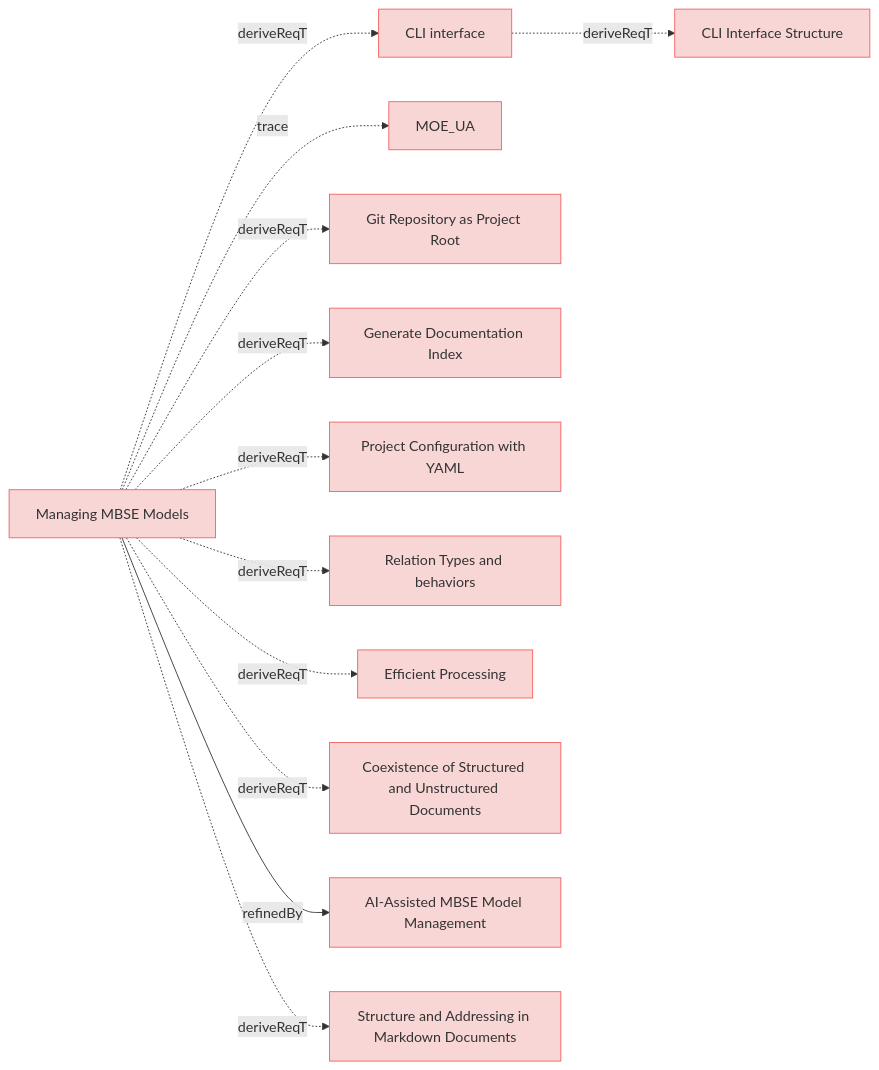
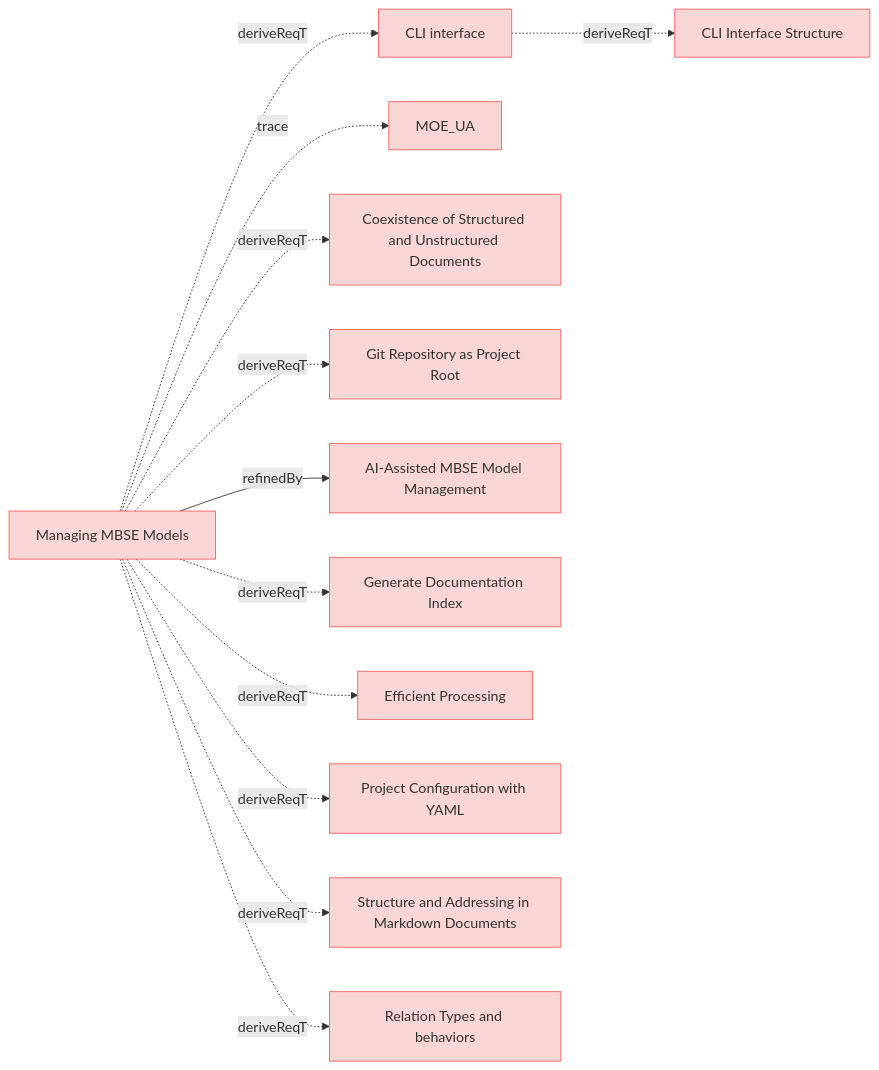
Before and after one commit to reqvire-org/reqvire: the ninth of 9 diagrams in specifications/UserRequirements.md, drawn with Mermaid. The commit also changed other lines of this file and 30 other files, not shown here.

````diff
--- a/specifications/UserRequirements.md
+++ b/specifications/UserRequirements.md
@@ -1065,57 +1065,57 @@
 ```mermaid
 graph LR;
   %% REQVIRE-AUTOGENERATED-DIAGRAM
   %% Graph styling
   classDef requirement fill:#f9d6d6,stroke:#f55f5f,stroke-width:1px;
   classDef verification fill:#d6f9d6,stroke:#5fd75f,stroke-width:1px;
   classDef externalLink fill:#d0e0ff,stroke:#3080ff,stroke-width:1px;
   classDef default fill:#f5f5f5,stroke:#333333,stroke-width:1px;
 
   f28849d46c19af44["CLI interface"];
   class f28849d46c19af44 requirement;
   click f28849d46c19af44 "UserRequirements.md#cli-interface";
   8f22faacdb454b23["CLI Interface Structure"];
   class 8f22faacdb454b23 requirement;
   click 8f22faacdb454b23 "SystemRequirements/Requirements.md#cli-interface-structure";
   f28849d46c19af44 -.->|deriveReqT| 8f22faacdb454b23;
   e61b7c1baa89bfc6["Managing MBSE Models"];
   class e61b7c1baa89bfc6 requirement;
   click e61b7c1baa89bfc6 "UserStories.md#managing-mbse-models";
   2c5f30f14e792200["MOE_UA"];
   class 2c5f30f14e792200 requirement;
   click 2c5f30f14e792200 "MOEs.md#moe_ua";
   e61b7c1baa89bfc6 -.->|trace| 2c5f30f14e792200;
+  f0d721424636370e["Coexistence of Structured and Unstructured Documents"];
+  class f0d721424636370e requirement;
+  click f0d721424636370e "ManagingMbseModelsRequirements.md#coexistence-of-structured-and-unstructured-documents";
+  e61b7c1baa89bfc6 -.->|deriveReqT| f0d721424636370e;
   649d72765b13e14f["Git Repository as Project Root"];
   class 649d72765b13e14f requirement;
   click 649d72765b13e14f "ManagingMbseModelsRequirements.md#git-repository-as-project-root";
   e61b7c1baa89bfc6 -.->|deriveReqT| 649d72765b13e14f;
+  e61b7c1baa89bfc6 -.->|deriveReqT| f28849d46c19af44;
+  cd2d5dab49985ca2["AI-Assisted MBSE Model Management"];
+  class cd2d5dab49985ca2 requirement;
+  click cd2d5dab49985ca2 "UserStories.md#ai-assisted-mbse-model-management";
+  e61b7c1baa89bfc6 -->|refinedBy| cd2d5dab49985ca2;
   c2b6c74b77726ad9["Generate Documentation Index"];
   class c2b6c74b77726ad9 requirement;
   click c2b6c74b77726ad9 "UserRequirements.md#generate-documentation-index";
   e61b7c1baa89bfc6 -.->|deriveReqT| c2b6c74b77726ad9;
+  d193d11c43776bec["Efficient Processing"];
+  class d193d11c43776bec requirement;
+  click d193d11c43776bec "ManagingMbseModelsRequirements.md#efficient-processing";
+  e61b7c1baa89bfc6 -.->|deriveReqT| d193d11c43776bec;
   16b4b380c917deb1["Project Configuration with YAML"];
   class 16b4b380c917deb1 requirement;
   click 16b4b380c917deb1 "ManagingMbseModelsRequirements.md#project-configuration-with-yaml";
   e61b7c1baa89bfc6 -.->|deriveReqT| 16b4b380c917deb1;
+  ade67c27bc5d3bbd["Structure and Addressing in Markdown Documents"];
+  class ade67c27bc5d3bbd requirement;
+  click ade67c27bc5d3bbd "SpecificationsRequirements.md#structure-and-addressing-in-markdown-documents";
+  e61b7c1baa89bfc6 -.->|deriveReqT| ade67c27bc5d3bbd;
   551906d5c51d91d9["Relation Types and behaviors"];
   class 551906d5c51d91d9 requirement;
   click 551906d5c51d91d9 "SpecificationsRequirements.md#relation-types-and-behaviors";
   e61b7c1baa89bfc6 -.->|deriveReqT| 551906d5c51d91d9;
-  d193d11c43776bec["Efficient Processing"];
-  class d193d11c43776bec requirement;
-  click d193d11c43776bec "ManagingMbseModelsRequirements.md#efficient-processing";
-  e61b7c1baa89bfc6 -.->|deriveReqT| d193d11c43776bec;
-  f0d721424636370e["Coexistence of Structured and Unstructured Documents"];
-  class f0d721424636370e requirement;
-  click f0d721424636370e "ManagingMbseModelsRequirements.md#coexistence-of-structured-and-unstructured-documents";
-  e61b7c1baa89bfc6 -.->|deriveReqT| f0d721424636370e;
-  cd2d5dab49985ca2["AI-Assisted MBSE Model Management"];
-  class cd2d5dab49985ca2 requirement;
-  click cd2d5dab49985ca2 "UserStories.md#ai-assisted-mbse-model-management";
-  e61b7c1baa89bfc6 -->|refinedBy| cd2d5dab49985ca2;
-  ade67c27bc5d3bbd["Structure and Addressing in Markdown Documents"];
-  class ade67c27bc5d3bbd requirement;
-  click ade67c27bc5d3bbd "SpecificationsRequirements.md#structure-and-addressing-in-markdown-documents";
-  e61b7c1baa89bfc6 -.->|deriveReqT| ade67c27bc5d3bbd;
-  e61b7c1baa89bfc6 -.->|deriveReqT| f28849d46c19af44;
 ```
````
